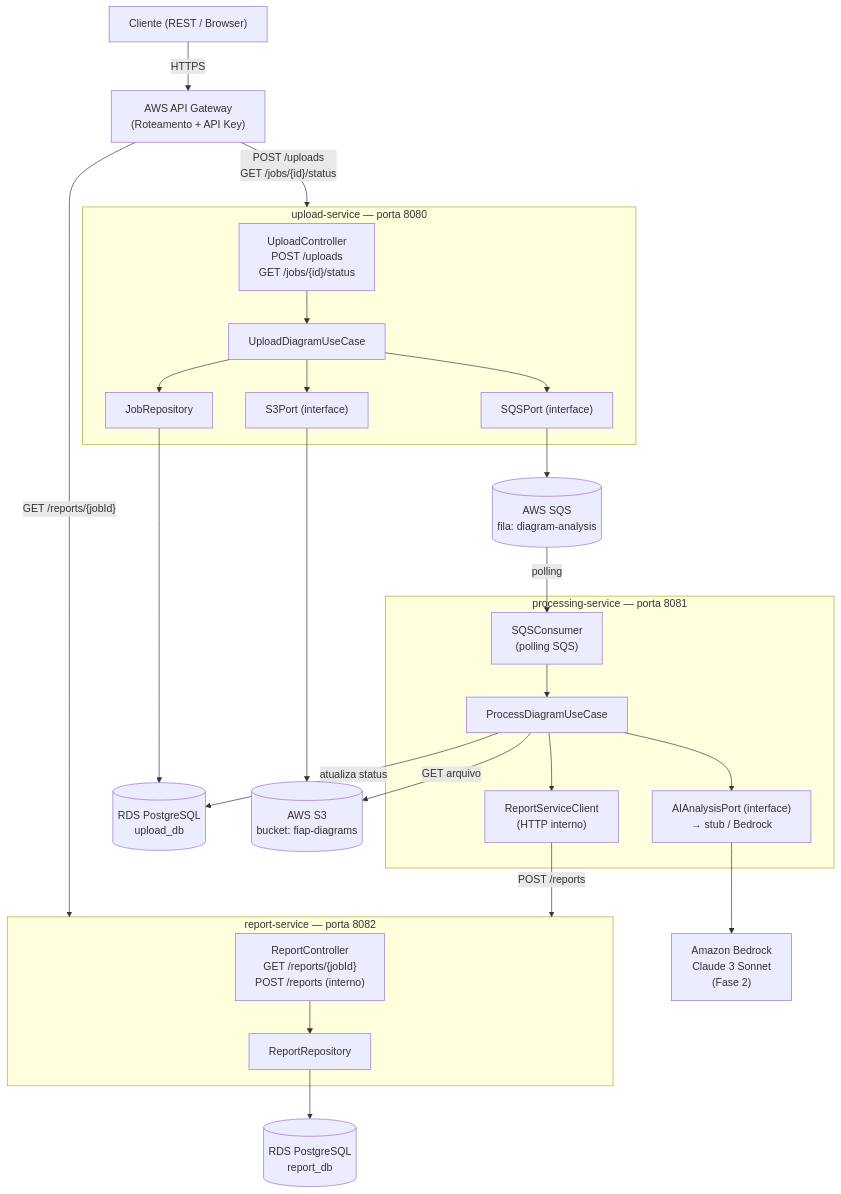
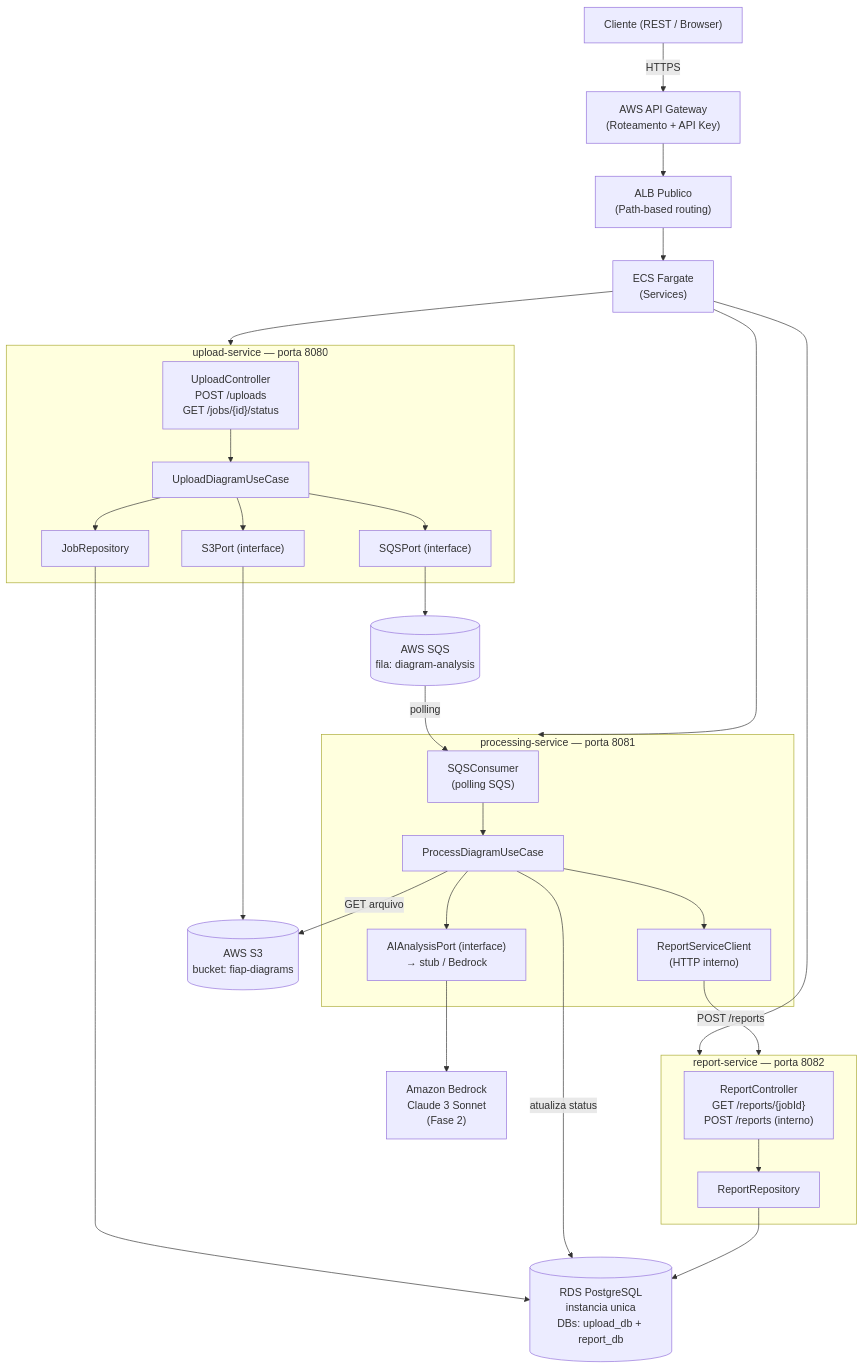
The first of 3 diagrams in docs/architecture/architecture.md (Leonardo-almd/fiap-hackaton-infrastructure), drawn with Mermaid before and after one commit. The commit also changed other lines of this file and 41 other files, not shown here.

First line of the commit message:
Add Terraform modules for API Gateway, ECR, ECS, IAM, Logging, Messaging, Network, RDS, Security, and Storage

````diff
--- a/docs/architecture/architecture.md
+++ b/docs/architecture/architecture.md
@@ -13,49 +13,52 @@
 ```mermaid
 flowchart TD
     Client["Cliente (REST / Browser)"]
     APIGW["AWS API Gateway\n(Roteamento + API Key)"]
+    ALB["ALB Publico\n(Path-based routing)"]
+    ECS["ECS Fargate\n(Services)"]
 
     subgraph uploadSvc [upload-service — porta 8080]
         UploadController["UploadController\nPOST /uploads\nGET /jobs/{id}/status"]
         UploadUseCase["UploadDiagramUseCase"]
         JobRepository["JobRepository"]
         S3Port["S3Port (interface)"]
         SQSPort["SQSPort (interface)"]
     end
 
     subgraph processingSvc [processing-service — porta 8081]
         SQSConsumer["SQSConsumer\n(polling SQS)"]
         ProcessUseCase["ProcessDiagramUseCase"]
         AIPort["AIAnalysisPort (interface)\n→ stub / Bedrock"]
         ReportClient["ReportServiceClient\n(HTTP interno)"]
     end
 
     subgraph reportSvc [report-service — porta 8082]
         ReportController["ReportController\nGET /reports/{jobId}\nPOST /reports (interno)"]
         ReportRepository["ReportRepository"]
     end
 
-    UploadDB[("RDS PostgreSQL\nupload_db")]
-    ReportDB[("RDS PostgreSQL\nreport_db")]
+    RDS[("RDS PostgreSQL\ninstancia unica\nDBs: upload_db + report_db")]
     S3[("AWS S3\nbucket: fiap-diagrams")]
     SQS[("AWS SQS\nfila: diagram-analysis")]
     AI["Amazon Bedrock\nClaude 3 Sonnet\n(Fase 2)"]
 
     Client -->|"HTTPS"| APIGW
-    APIGW -->|"POST /uploads\nGET /jobs/{id}/status"| uploadSvc
-    APIGW -->|"GET /reports/{jobId}"| reportSvc
+    APIGW --> ALB --> ECS
+    ECS --> uploadSvc
+    ECS --> reportSvc
+    ECS --> processingSvc
 
     UploadController --> UploadUseCase
     UploadUseCase --> S3Port --> S3
-    UploadUseCase --> JobRepository --> UploadDB
+    UploadUseCase --> JobRepository --> RDS
     UploadUseCase --> SQSPort --> SQS
 
     SQS -->|"polling"| SQSConsumer
     SQSConsumer --> ProcessUseCase
     ProcessUseCase -->|"GET arquivo"| S3
-    ProcessUseCase -->|"atualiza status"| UploadDB
+    ProcessUseCase -->|"atualiza status"| RDS
     ProcessUseCase --> AIPort --> AI
     ProcessUseCase --> ReportClient -->|"POST /reports"| reportSvc
 
-    ReportController --> ReportRepository --> ReportDB
+    ReportController --> ReportRepository --> RDS
 ```
````
